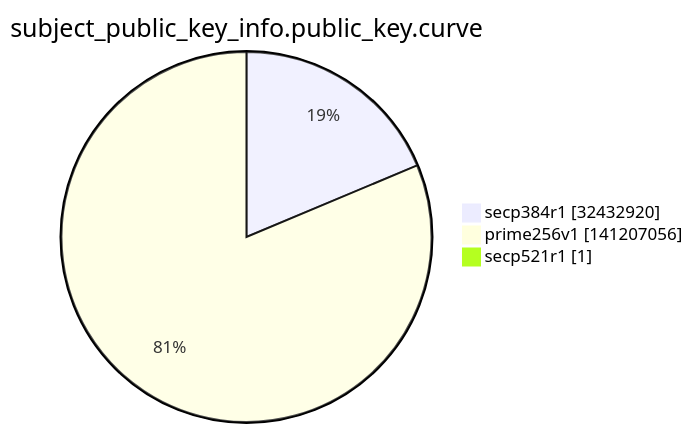
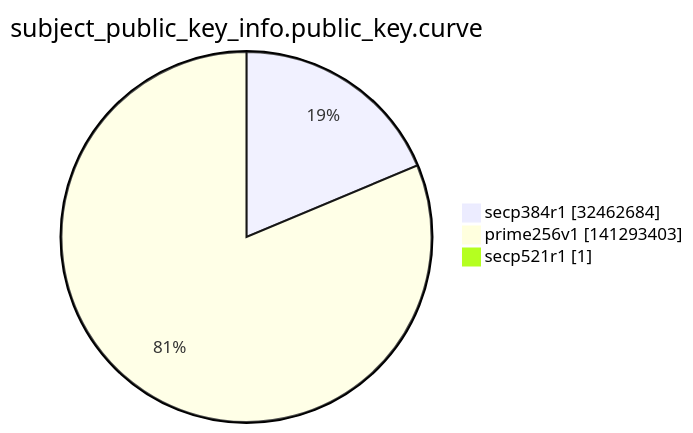
Before and after one commit to christiankrug/ctmonitor_visualization: the ninth of 15 diagrams in argon2022/README.md, drawn with Mermaid. The commit also changed other lines of this file, not shown here.

````diff
--- a/argon2022/README.md
+++ b/argon2022/README.md
@@ -2763,7 +2763,7 @@
 ```mermaid
 pie showData
 title subject_public_key_info.public_key.curve
-"secp384r1" :32432920
-"prime256v1" :141207056
+"secp384r1" :32462684
+"prime256v1" :141293403
 "secp521r1" :1
 ```
````
